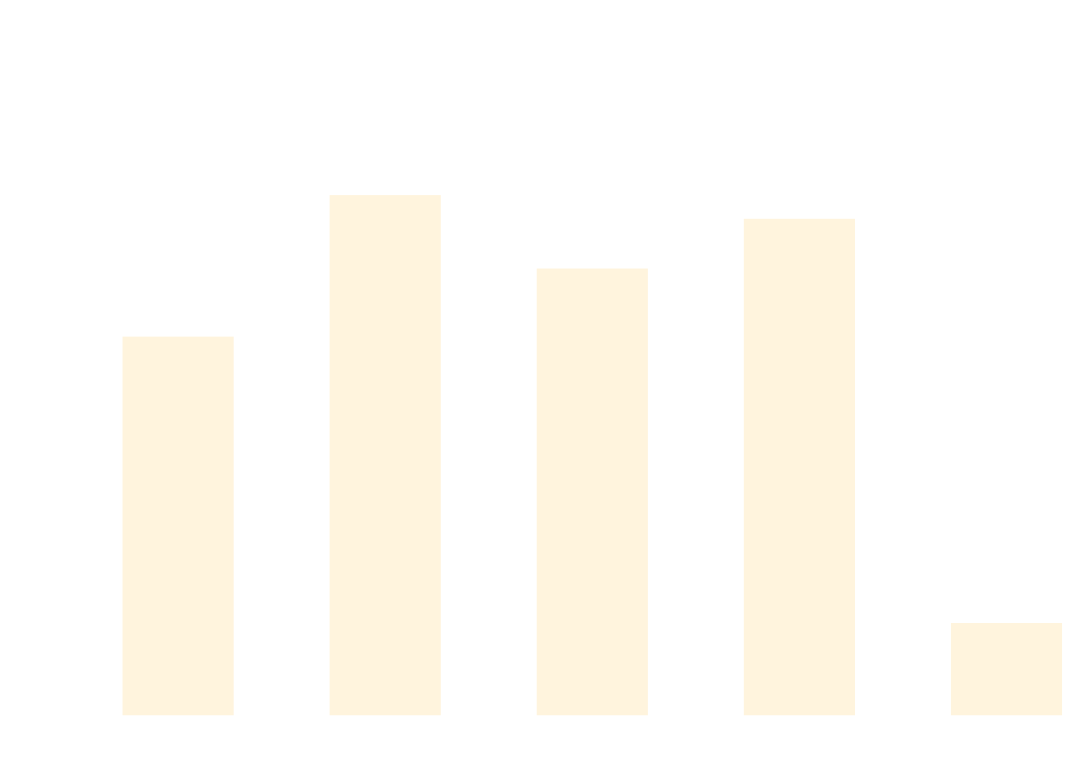
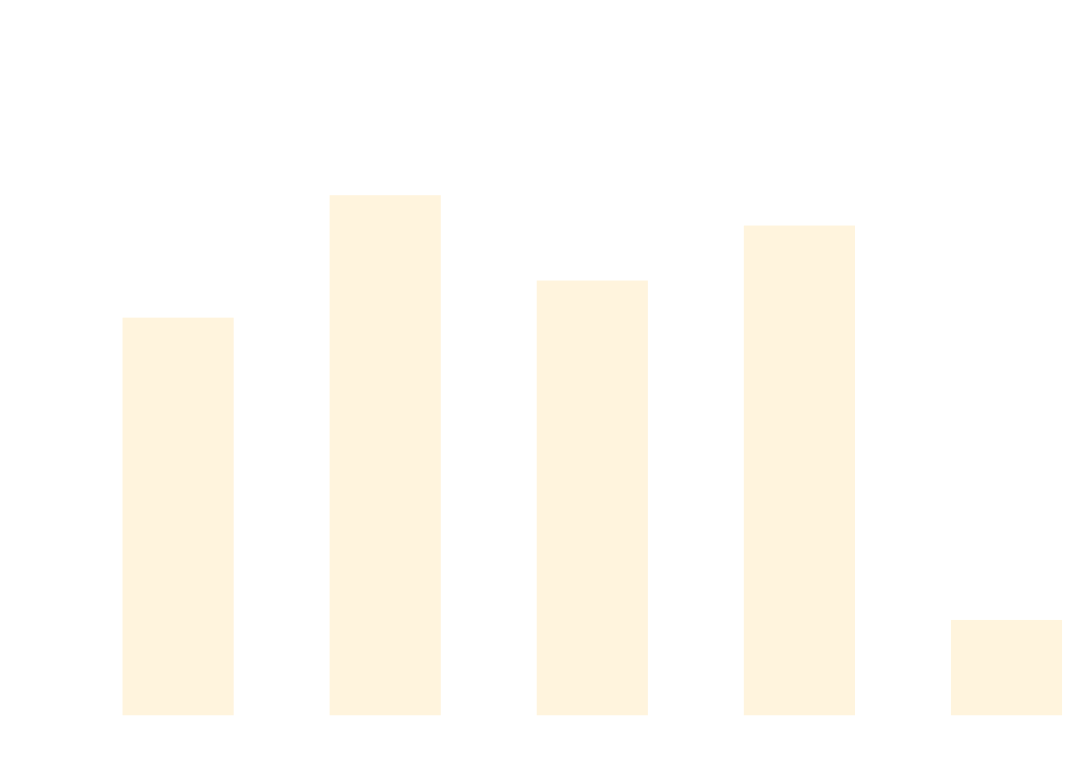
Before and after one commit to thomhurst/TUnit: the diagram in docs/docs/benchmarks/AsyncTests.md, drawn with Mermaid. The commit also changed other lines of this file and 17 other files, not shown here.

````diff
--- a/docs/docs/benchmarks/AsyncTests.md
+++ b/docs/docs/benchmarks/AsyncTests.md
@@ -27,37 +27,37 @@
 ```mermaid
 %%{init: {
   'theme':'base',
   'themeVariables': {
     'primaryColor': '#2563eb',
     'primaryTextColor': '#ffffff',
     'primaryBorderColor': '#1e40af',
     'lineColor': '#6b7280',
     'secondaryColor': '#7c3aed',
     'tertiaryColor': '#dc2626',
     'background': '#ffffff',
     'mainBkg': '#2563eb',
     'secondBkg': '#7c3aed',
     'tertiaryBkg': '#dc2626',
     'clusterBkg': '#f3f4f6',
     'edgeLabelBackground': '#ffffff',
     'tertiaryTextColor': '#1f2937',
     'pie1': '#2563eb',
     'pie2': '#7c3aed',
     'pie3': '#dc2626',
     'pie4': '#f59e0b',
     'pie5': '#10b981',
     'pie6': '#06b6d4',
     'pie7': '#ec4899',
     'pie8': '#6366f1',
     'pie9': '#84cc16',
     'pie10': '#f97316',
     'pie11': '#14b8a6',
     'pie12': '#a855f7'
   }
 }}%%
 xychart-beta
   title "AsyncTests Performance Comparison"
   x-axis ["TUnit", "NUnit", "MSTest", "xUnit3", "TUnit_AOT"]
-  y-axis "Time (ms)" 0 --> 946
-  bar [568.5, 787.8, 674, 751.1, 124.7]
+  y-axis "Time (ms)" 0 --> 906
+  bar [572.6, 754.3, 627.7, 709.3, 124]
 ```
````
